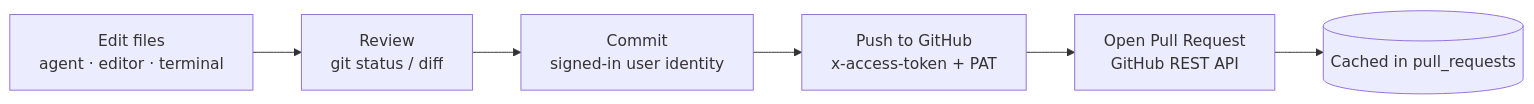
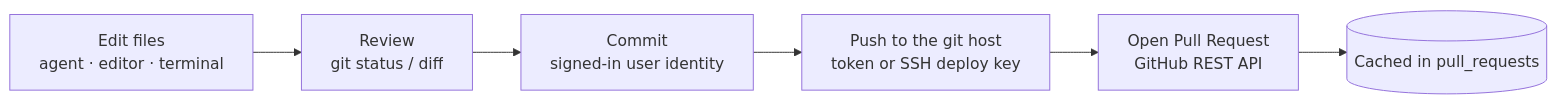
The fifth of 5 diagrams in README.md (ranggaaprilio/enigma), drawn with Mermaid before and after one commit. The commit also changed other lines of this file and 11 other files, not shown here.

````diff
--- a/README.md
+++ b/README.md
@@ -201,8 +231,8 @@
 ```mermaid
 flowchart LR
     A["Edit files<br/>agent · editor · terminal"] --> B["Review<br/>git status / diff"]
     B --> C["Commit<br/>signed-in user identity"]
-    C --> D["Push to GitHub<br/>x-access-token + PAT"]
+    C --> D["Push to the git host<br/>token or SSH deploy key"]
     D --> E["Open Pull Request<br/>GitHub REST API"]
     E --> F[(Cached in pull_requests)]
 ```
````
